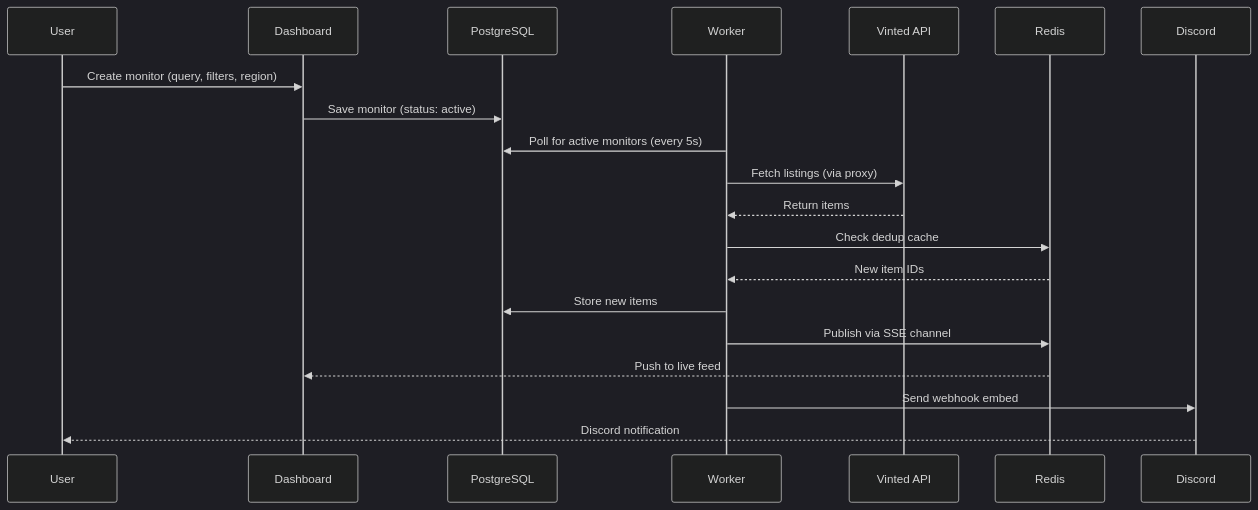
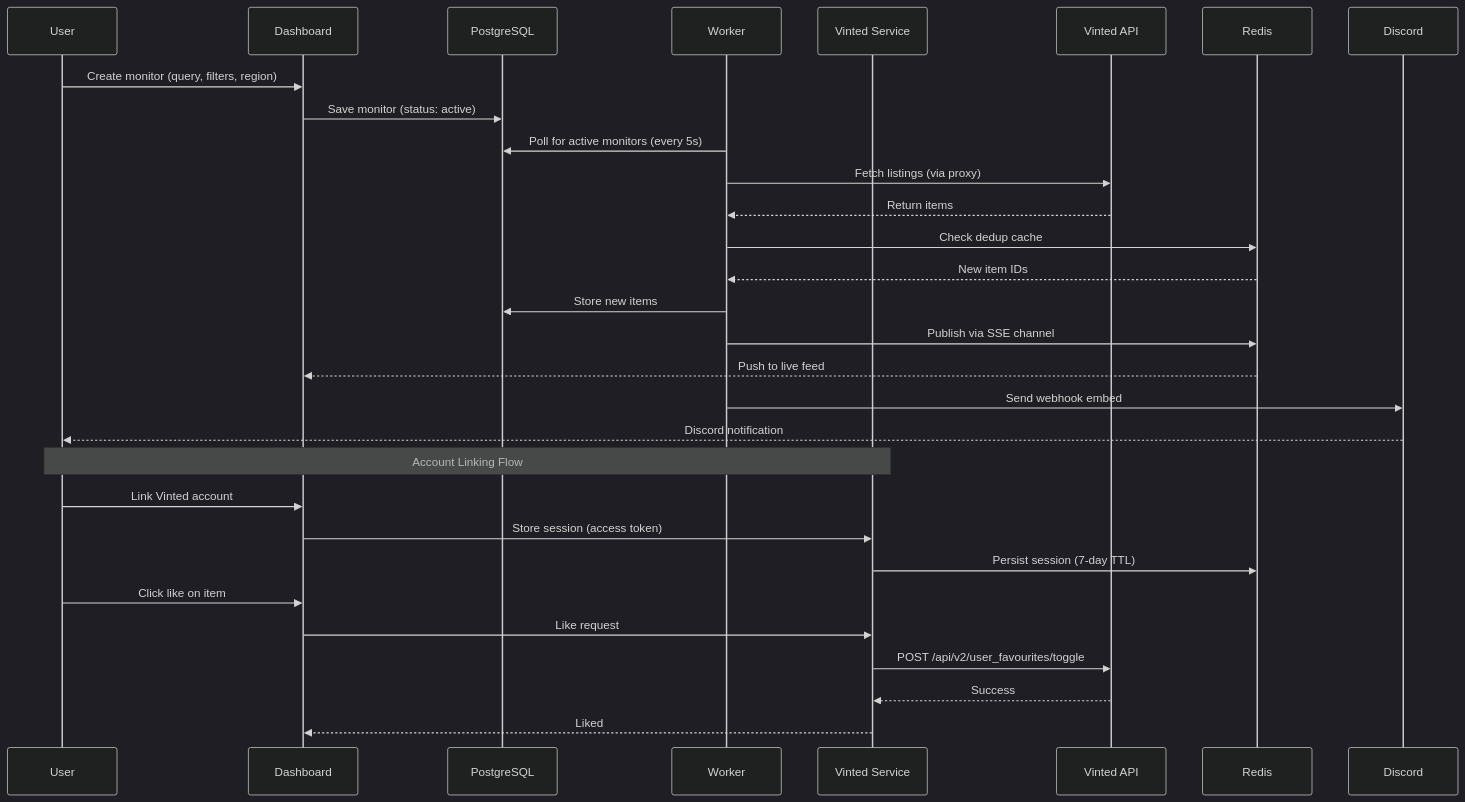
The diagram in README.md (JakobAIOdev/Vintrack-Vinted-Monitor), drawn with Mermaid (dark theme) before and after one commit. The commit also changed other lines of this file and 23 other files, not shown here.

Commit message:
Adds account linking & product liking

````diff
--- a/README.md
+++ b/README.md
@@ -355,23 +375,34 @@
 ```mermaid
 sequenceDiagram
     participant U as User
     participant D as Dashboard
     participant DB as PostgreSQL
     participant W as Worker
+    participant VS as Vinted Service
     participant V as Vinted API
     participant R as Redis
     participant DC as Discord
 
     U->>D: Create monitor (query, filters, region)
     D->>DB: Save monitor (status: active)
     W->>DB: Poll for active monitors (every 5s)
     W->>V: Fetch listings (via proxy)
     V-->>W: Return items
     W->>R: Check dedup cache
     R-->>W: New item IDs
     W->>DB: Store new items
     W->>R: Publish via SSE channel
     R-->>D: Push to live feed
     W->>DC: Send webhook embed
     DC-->>U: Discord notification
+
+    Note over U,VS: Account Linking Flow
+    U->>D: Link Vinted account
+    D->>VS: Store session (access token)
+    VS->>R: Persist session (7-day TTL)
+    U->>D: Click like on item
+    D->>VS: Like request
+    VS->>V: POST /api/v2/user_favourites/toggle
+    V-->>VS: Success
+    VS-->>D: Liked
 ```
````
